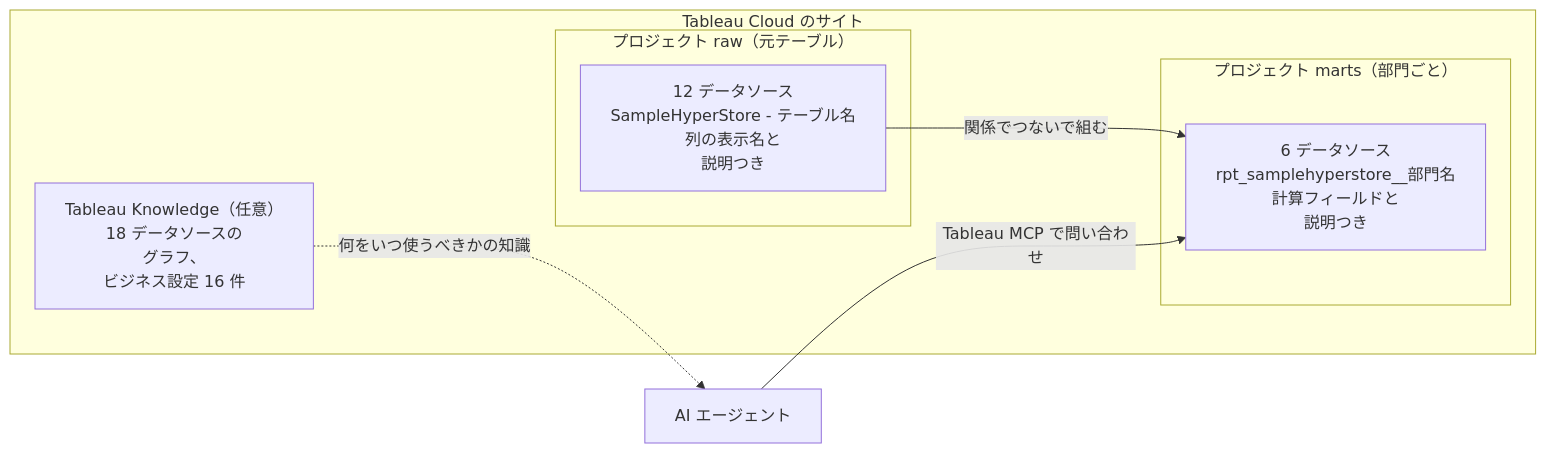
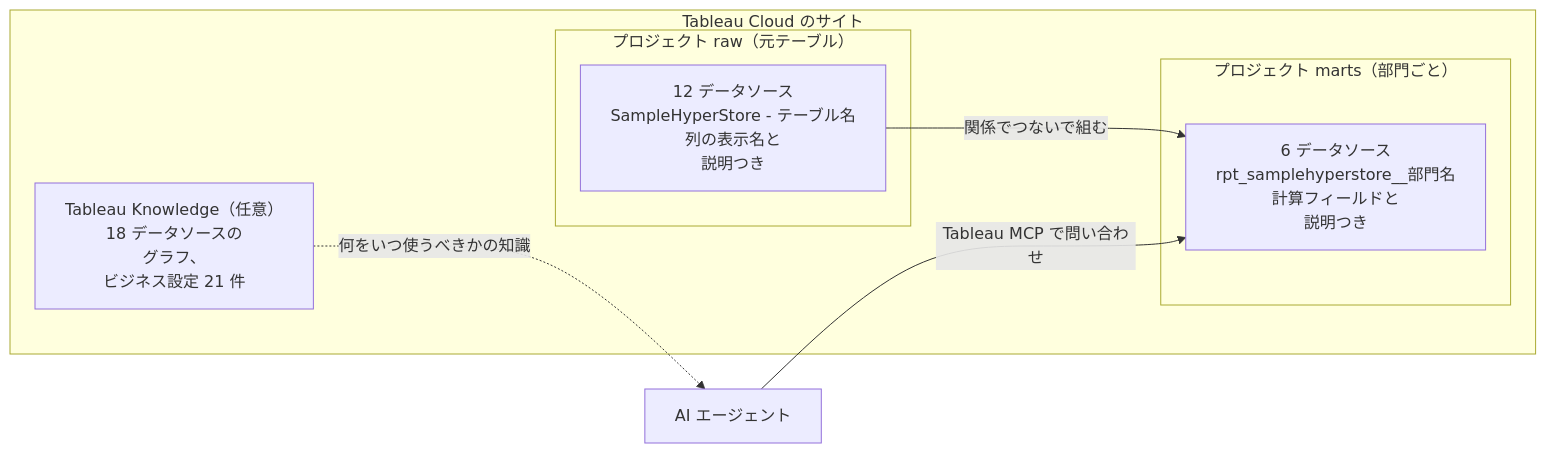
The fourth of 4 diagrams in ja/README.md (YoshitakaArakawa/SampleHyperStore), drawn with Mermaid before and after one commit. The commit also changed 13 other files, not shown here.

````diff
--- a/ja/README.md
+++ b/ja/README.md
@@ -93,16 +93,16 @@
 ```mermaid
 %%{init: {"flowchart": {"wrappingWidth": 400}}}%%
 flowchart LR
     subgraph site["Tableau Cloud のサイト"]
         subgraph raw["プロジェクト raw（元テーブル）"]
             R["12 データソース<br/>SampleHyperStore - テーブル名<br/>列の表示名と<br/>説明つき"]
         end
         subgraph marts["プロジェクト marts（部門ごと）"]
             M["6 データソース<br/>rpt_samplehyperstore__部門名<br/>計算フィールドと<br/>説明つき"]
         end
-        K["Tableau Knowledge（任意）<br/>18 データソースの<br/>グラフ、<br/>ビジネス設定 16 件"]
+        K["Tableau Knowledge（任意）<br/>18 データソースの<br/>グラフ、<br/>ビジネス設定 21 件"]
     end
     R -- "関係でつないで組む" --> M
     AI["AI エージェント"] -- "Tableau MCP で問い合わせ" --> M
     K -. "何をいつ使うべきかの知識" .-> AI
 ```
````
